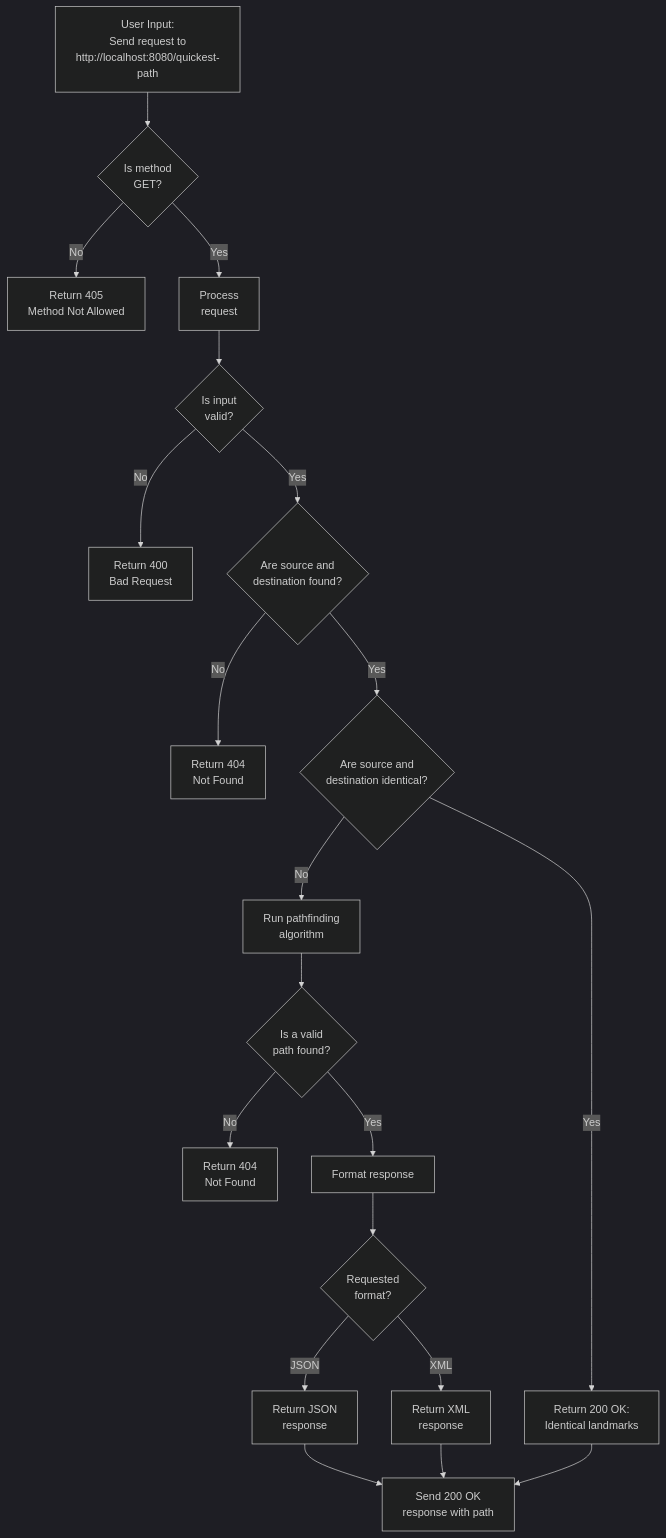
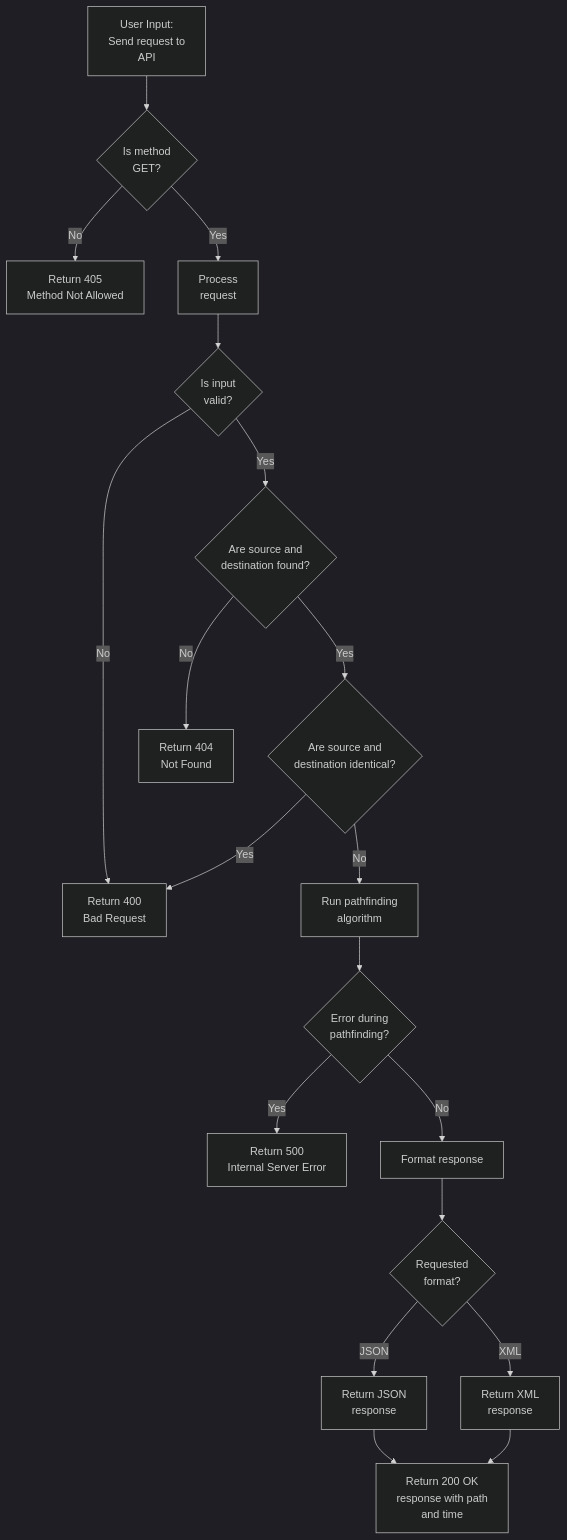
The second of 2 diagrams in Document/Functional/FunctionalSpecifications.md (algosup/2024-2025-project-3-quickest-path-team-7), drawn with Mermaid (dark theme) before and after one commit. The commit also changed other lines of this file, not shown here.

Commit message:
[Program Manager] Add error 500, mermaid process flow and milestones

````diff
--- a/Document/Functional/FunctionalSpecifications.md
+++ b/Document/Functional/FunctionalSpecifications.md
@@ -775,23 +774,23 @@
 ```mermaid
 graph TD
-  A["User Input:<br>Send request to<br>http://localhost:8080/quickest-path"]
+  A["User Input:<br>Send request to<br>API"]
   A --> B{"Is method<br>GET?"}
   B -->|"No"| C["Return 405<br>Method Not Allowed"]
   B -->|"Yes"| D["Process<br>request"]
   D --> E{"Is input<br>valid?"}
   E -->|"No"| F["Return 400<br>Bad Request"]
   E -->|"Yes"| G{"Are source and<br>destination found?"}
   G -->|"No"| H["Return 404<br>Not Found"]
   G -->|"Yes"| I{"Are source and<br>destination identical?"}
-  I -->|"Yes"| J["Return 200 OK:<br>Identical landmarks"]
+  I -->|"Yes"| F["Return 400<br>Bad Request"]
   I -->|"No"| K["Run pathfinding<br>algorithm"]
-  K --> L{"Is a valid<br>path found?"}
-  L -->|"No"| M["Return 404<br>Not Found"]
-  L -->|"Yes"| N["Format response"]
+  K --> L{"Error during<br>pathfinding?"}
+  L -->|"Yes"| M["Return 500<br>Internal Server Error"]
+  L -->|"No"| N["Format response"]
   N --> O{"Requested<br>format?"}
   O -->|"JSON"| P["Return JSON<br>response"]
   O -->|"XML"| Q["Return XML<br>response"]
-  P --> R["Send 200 OK<br>response with path"]
+  P --> R["Return 200 OK<br>response with path <br> and time"]
   Q --> R
-  J --> R
+
 ```
````
